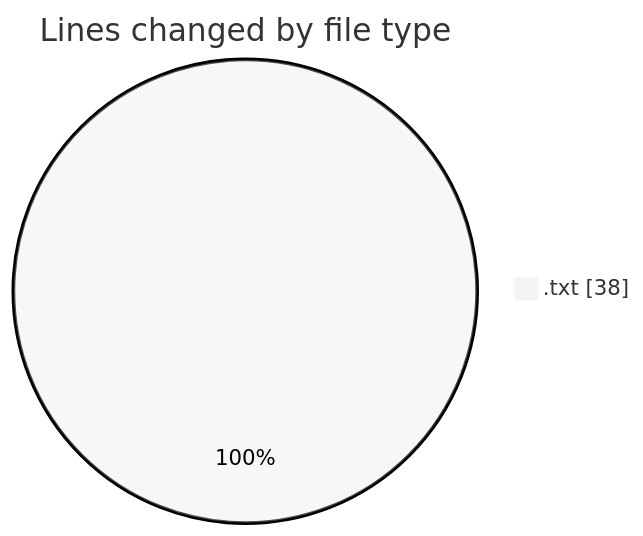
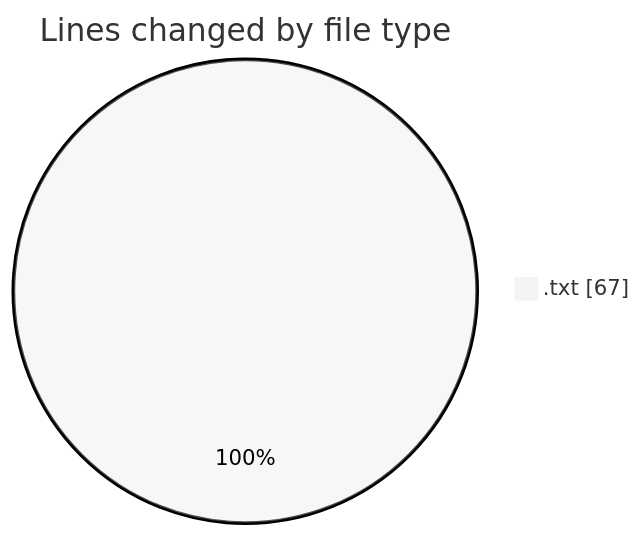
Before and after one commit to Ritupan-Deka/code-tracking: the first of 2 diagrams in 2025-06-22/txtfiles/README.md, drawn with Mermaid (neutral theme). The commit also changed other lines of this file and 1 other file, not shown here.

````diff
--- a/2025-06-22/txtfiles/README.md
+++ b/2025-06-22/txtfiles/README.md
@@ -20,5 +20,5 @@
 ```mermaid
 pie showData
 title Lines changed by file type
-".txt" : 38
+".txt" : 67
 ```
````
